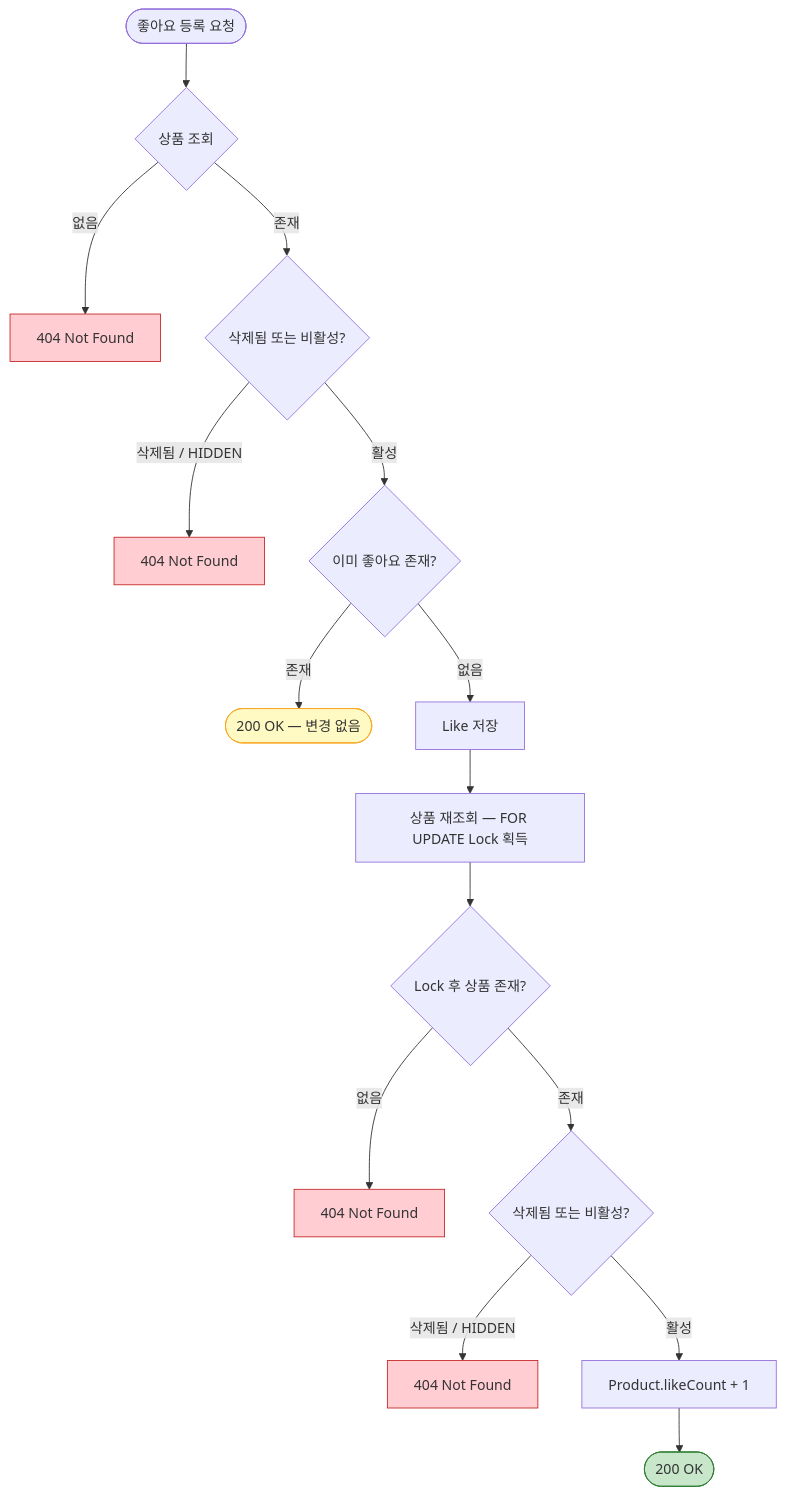
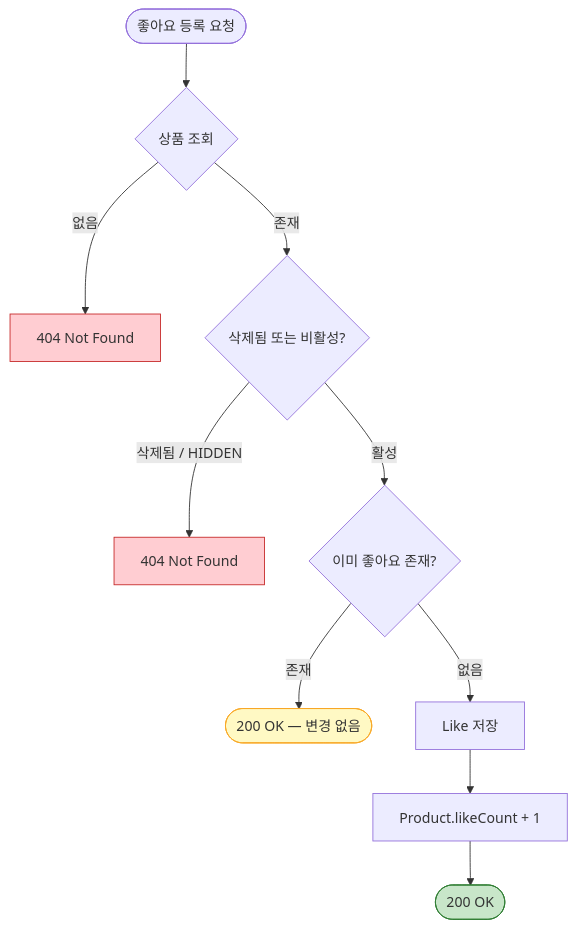
Before and after one commit to Loopers-dev-lab/loop-pack-be-l2-vol3-kotlin: the fourth of 6 diagrams in docs/design/05-flowcharts.md, drawn with Mermaid. The commit also changed other lines of this file and 5 other files, not shown here.

````diff
--- a/docs/design/05-flowcharts.md
+++ b/docs/design/05-flowcharts.md
@@ -148,23 +149,18 @@
 ```mermaid
 flowchart TB
     Start([좋아요 등록 요청]) --> CheckProduct{상품 조회}
     CheckProduct -->|없음| Err404_1[404 Not Found]:::error
     CheckProduct -->|존재| CheckActive{삭제됨 또는 비활성?}
     CheckActive -->|삭제됨 / HIDDEN| Err404_2[404 Not Found]:::error
 
     CheckActive -->|활성| CheckLike{이미 좋아요 존재?}
     CheckLike -->|존재| Idempotent([200 OK — 변경 없음]):::idempotent
 
     CheckLike -->|없음| SaveLike[Like 저장]
-    SaveLike --> AcquireLock[상품 재조회 — FOR UPDATE Lock 획득]
-    AcquireLock --> CheckLockProduct{Lock 후 상품 존재?}
-    CheckLockProduct -->|없음| Err404_3[404 Not Found]:::error
-    CheckLockProduct -->|존재| ReCheckActive{삭제됨 또는 비활성?}
-    ReCheckActive -->|삭제됨 / HIDDEN| Err404_4[404 Not Found]:::error
-    ReCheckActive -->|활성| IncCount[Product.likeCount + 1]
+    SaveLike --> IncCount[Product.likeCount + 1]
     IncCount --> Success([200 OK]):::success
 
     classDef error fill:#ffcdd2,stroke:#c62828
     classDef success fill:#c8e6c9,stroke:#2e7d32
     classDef idempotent fill:#fff9c4,stroke:#f9a825
 ```
````
